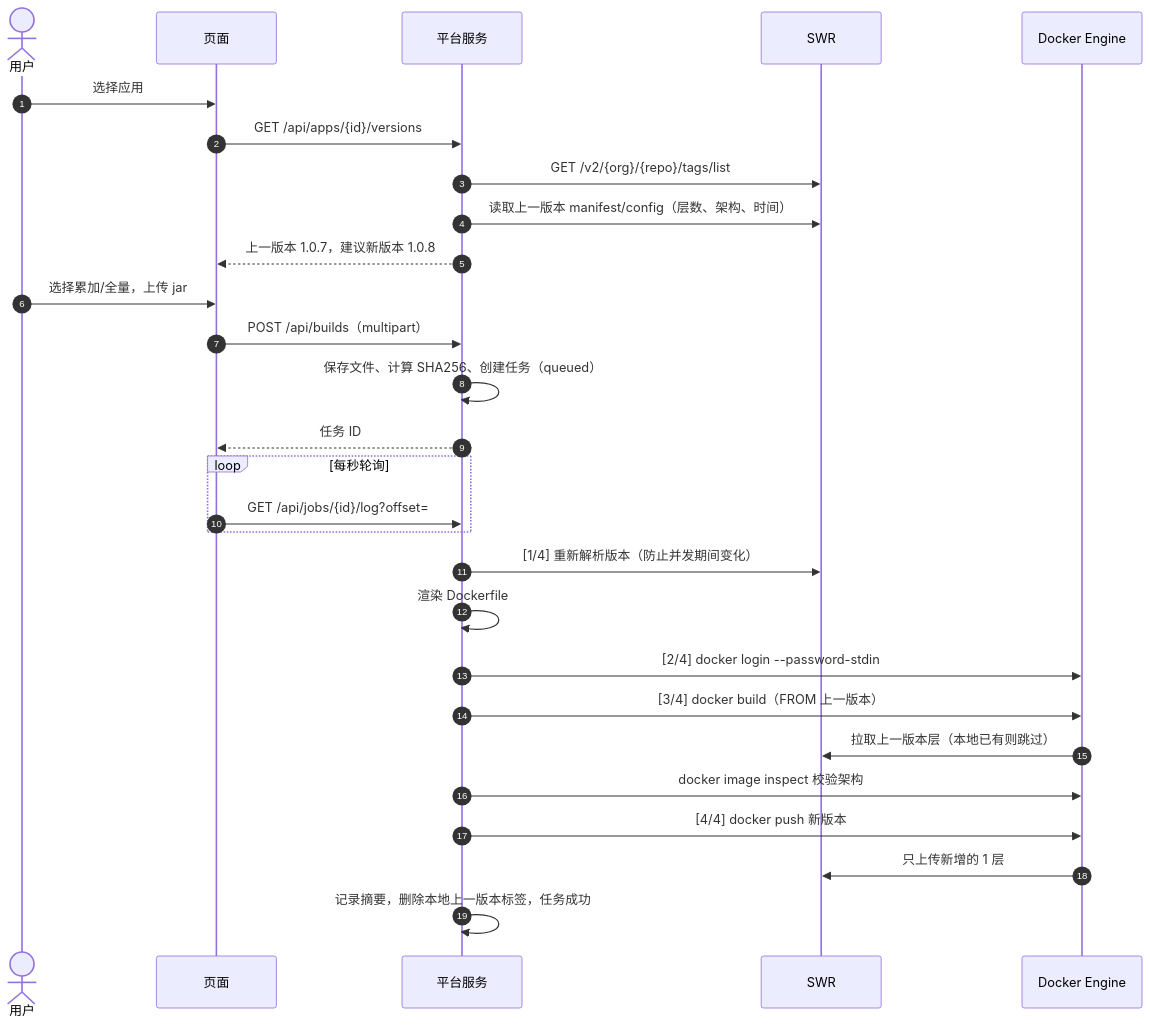
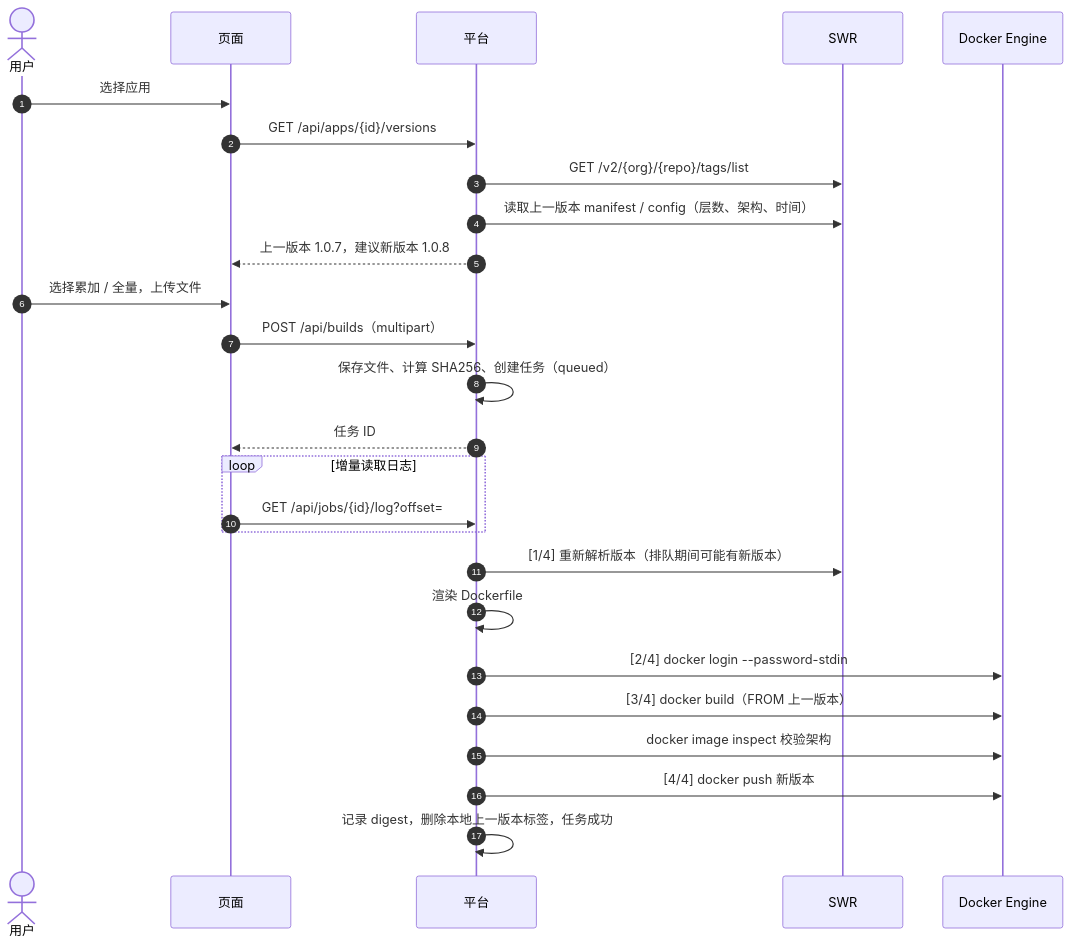
Before and after one commit to gongjin1997/swr: the first of 4 diagrams in docs/系统设计.md, drawn with Mermaid. The commit also changed other lines of this file and 8 other files, not shown here.

````diff
--- a/docs/系统设计.md
+++ b/docs/系统设计.md
@@ -73,30 +90,28 @@
 ```mermaid
 sequenceDiagram
     autonumber
     actor User as 用户
     participant Web as 页面
-    participant API as 平台服务
+    participant API as 平台
     participant SWR as SWR
     participant Docker as Docker Engine
     User->>Web: 选择应用
     Web->>API: GET /api/apps/{id}/versions
     API->>SWR: GET /v2/{org}/{repo}/tags/list
-    API->>SWR: 读取上一版本 manifest/config（层数、架构、时间）
+    API->>SWR: 读取上一版本 manifest / config（层数、架构、时间）
     API-->>Web: 上一版本 1.0.7，建议新版本 1.0.8
-    User->>Web: 选择累加/全量，上传 jar
+    User->>Web: 选择累加 / 全量，上传文件
     Web->>API: POST /api/builds（multipart）
     API->>API: 保存文件、计算 SHA256、创建任务（queued）
     API-->>Web: 任务 ID
-    loop 每秒轮询
+    loop 增量读取日志
         Web->>API: GET /api/jobs/{id}/log?offset=
     end
-    API->>SWR: [1/4] 重新解析版本（防止并发期间变化）
+    API->>SWR: [1/4] 重新解析版本（排队期间可能有新版本）
     API->>API: 渲染 Dockerfile
     API->>Docker: [2/4] docker login --password-stdin
     API->>Docker: [3/4] docker build（FROM 上一版本）
-    Docker->>SWR: 拉取上一版本层（本地已有则跳过）
     API->>Docker: docker image inspect 校验架构
     API->>Docker: [4/4] docker push 新版本
-    Docker->>SWR: 只上传新增的 1 层
-    API->>API: 记录摘要，删除本地上一版本标签，任务成功
+    API->>API: 记录 digest，删除本地上一版本标签，任务成功
 ```
````
